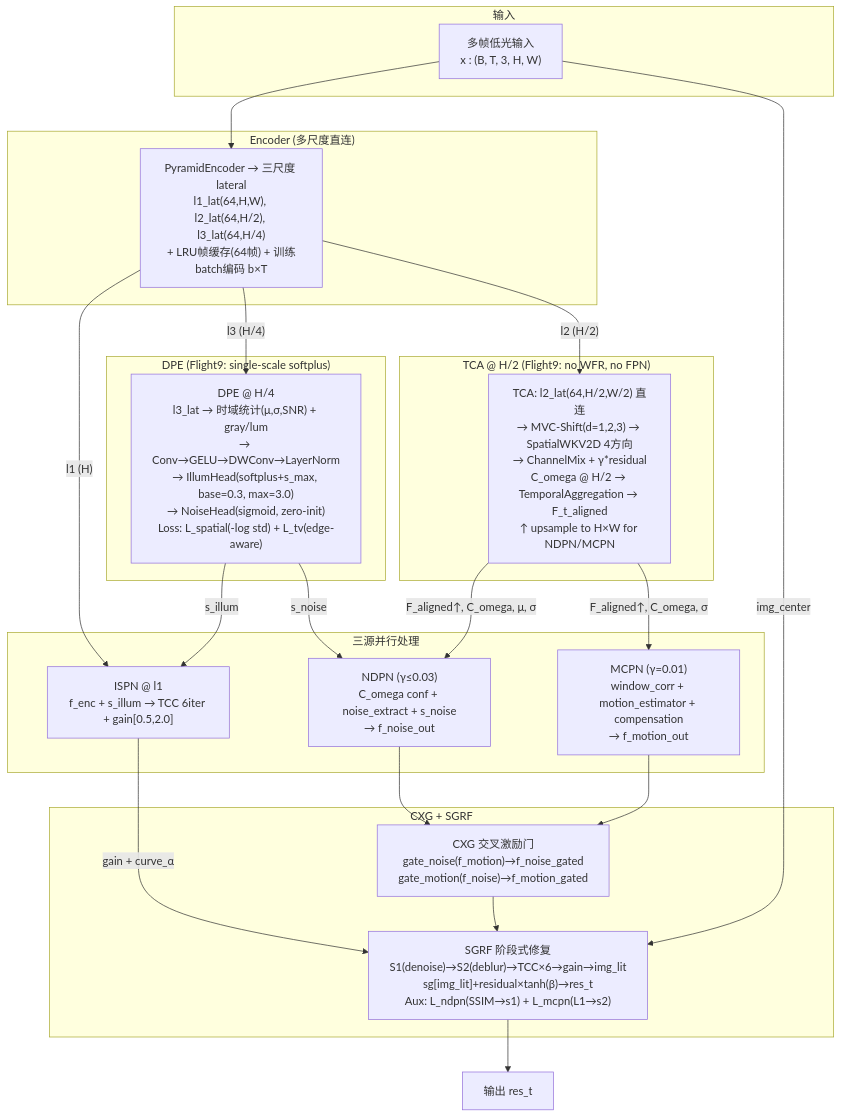
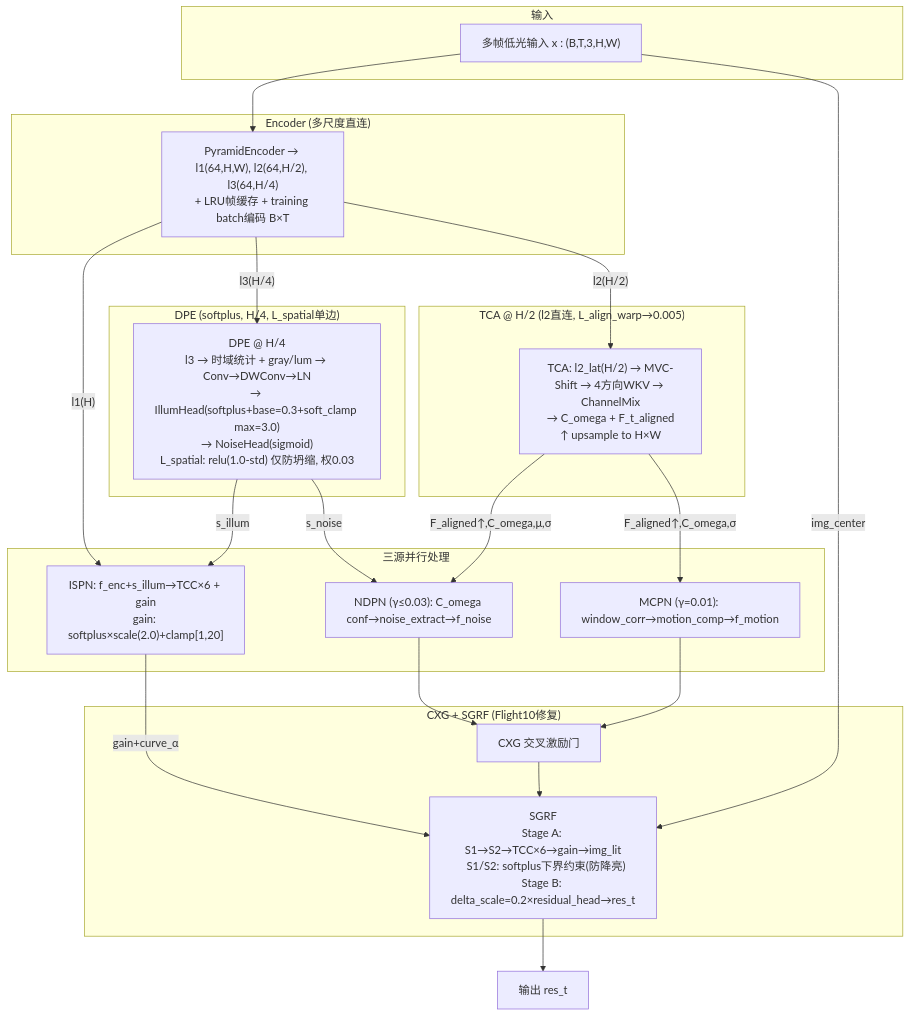
One commit to chendeming2002/TFS-Net changed the diagram in docs/v6/RWKV-Delta-model/v6-delta-diagrams.md. Above: the diagram before and after it, drawn with Mermaid. The commit also changed other lines of this file and 12 other files, not shown here.

First line of the commit message:
Delta1-Flight X Baseline

````diff
--- a/docs/v6/RWKV-Delta-model/v6-delta-diagrams.md
+++ b/docs/v6/RWKV-Delta-model/v6-delta-diagrams.md
@@ -5,46 +5,46 @@
 ```mermaid
 flowchart TD
     subgraph 输入
-        IN["多帧低光输入<br/>x : (B, T, 3, H, W)"]
+        IN["多帧低光输入 x : (B,T,3,H,W)"]
     end
 
     subgraph 编码["Encoder (多尺度直连)"]
-        ENC["PyramidEncoder → 三尺度 lateral<br/>l1_lat(64,H,W), l2_lat(64,H/2), l3_lat(64,H/4)<br/>+ LRU帧缓存(64帧) + 训练batch编码 b×T"]
+        ENC["PyramidEncoder → l1(64,H,W), l2(64,H/2), l3(64,H/4)<br/>+ LRU帧缓存 + training batch编码 B×T"]
     end
 
-    subgraph 诊断["DPE (Flight9: single-scale softplus)"]
-        DPE["DPE @ H/4<br/>l3_lat → 时域统计(μ,σ,SNR) + gray/lum<br/>→ Conv→GELU→DWConv→LayerNorm<br/>→ IllumHead(softplus+s_max, base=0.3, max=3.0)<br/>→ NoiseHead(sigmoid, zero-init)<br/>Loss: L_spatial(-log std) + L_tv(edge-aware)"]
+    subgraph 诊断["DPE (softplus, H/4, L_spatial单边)"]
+        DPE["DPE @ H/4<br/>l3 → 时域统计 + gray/lum → Conv→DWConv→LN<br/>→ IllumHead(softplus+base=0.3+soft_clamp max=3.0)<br/>→ NoiseHead(sigmoid)<br/>L_spatial: relu(1.0-std) 仅防坍缩, 权0.03"]
     end
 
-    subgraph 对齐["TCA @ H/2 (Flight9: no WFR, no FPN)"]
-        TCA["TCA: l2_lat(64,H/2,W/2) 直连<br/>→ MVC-Shift(d=1,2,3) → SpatialWKV2D 4方向<br/>→ ChannelMix + γ*residual<br/>C_omega @ H/2 → TemporalAggregation → F_t_aligned<br/>↑ upsample to H×W for NDPN/MCPN"]
+    subgraph 对齐["TCA @ H/2 (l2直连, L_align_warp→0.005)"]
+        TCA["TCA: l2_lat(H/2) → MVC-Shift → 4方向WKV → ChannelMix<br/>→ C_omega + F_t_aligned<br/>↑ upsample to H×W"]
     end
 
     subgraph 三源["三源并行处理"]
-        ISPN["ISPN @ l1<br/>f_enc + s_illum → TCC 6iter + gain[0.5,2.0]"]
-        NDPN["NDPN (γ≤0.03)<br/>C_omega conf + noise_extract + s_noise<br/>→ f_noise_out"]
-        MCPN["MCPN (γ=0.01)<br/>window_corr + motion_estimator + compensation<br/>→ f_motion_out"]
+        ISPN["ISPN: f_enc+s_illum→TCC×6 + gain<br/>gain: softplus×scale(2.0)+clamp[1,20]"]
+        NDPN["NDPN (γ≤0.03): C_omega conf→noise_extract→f_noise"]
+        MCPN["MCPN (γ=0.01): window_corr→motion_comp→f_motion"]
     end
 
-    subgraph 融合["CXG + SGRF"]
-        CXG["CXG 交叉激励门<br/>gate_noise(f_motion)→f_noise_gated<br/>gate_motion(f_noise)→f_motion_gated"]
-        SGRF["SGRF 阶段式修复<br/>S1(denoise)→S2(deblur)→TCC×6→gain→img_lit<br/>sg[img_lit]+residual×tanh(β)→res_t<br/>Aux: L_ndpn(SSIM→s1) + L_mcpn(L1→s2)"]
+    subgraph 融合["CXG + SGRF (Flight10修复)"]
+        CXG["CXG 交叉激励门"]
+        SGRF["SGRF<br/>Stage A: S1→S2→TCC×6→gain→img_lit<br/>  S1/S2: softplus下界约束(防降亮)<br/>Stage B: delta_scale=0.2×residual_head→res_t"]
     end
 
     OUT["输出 res_t"]
 
     IN --> ENC
-    ENC -- "l3 (H/4)" --> DPE
-    ENC -- "l2 (H/2)" --> TCA
-    ENC -- "l1 (H)" --> ISPN
+    ENC -- "l3(H/4)" --> DPE
+    ENC -- "l2(H/2)" --> TCA
+    ENC -- "l1(H)" --> ISPN
     DPE -- "s_illum" --> ISPN
     DPE -- "s_noise" --> NDPN
-    TCA -- "F_aligned↑, C_omega, μ, σ" --> NDPN
-    TCA -- "F_aligned↑, C_omega, σ" --> MCPN
-    ISPN -- "gain + curve_α" --> SGRF
+    TCA -- "F_aligned↑,C_omega,μ,σ" --> NDPN
+    TCA -- "F_aligned↑,C_omega,σ" --> MCPN
+    ISPN -- "gain+curve_α" --> SGRF
     NDPN --> CXG
     MCPN --> CXG
     CXG --> SGRF
     IN -- "img_center" --> SGRF
     SGRF --> OUT
 ```
````
